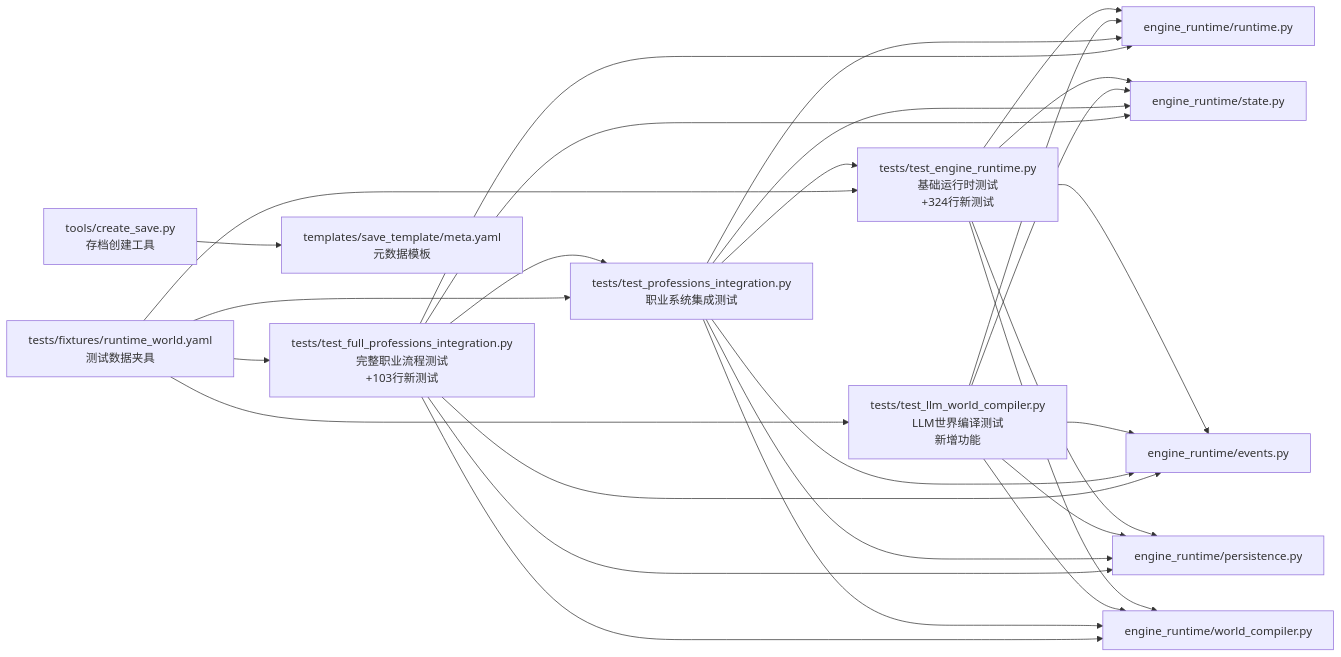
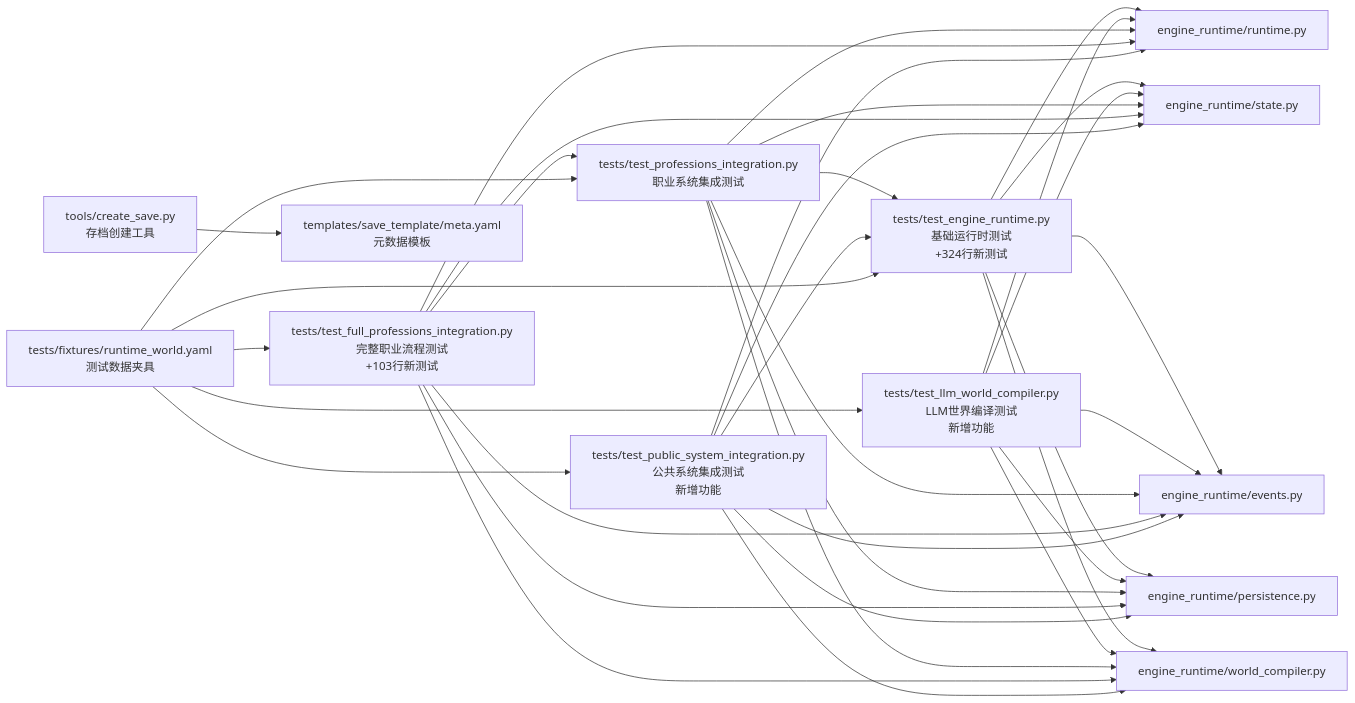
Before and after one commit to Ivandanslespace/thegreatnovel: the fourth of 4 diagrams in .qoder/repowiki/zh/content/测试指南.md, drawn with Mermaid. The commit also changed other lines of this file and 69 other files, not shown here.

````diff
--- a/.qoder/repowiki/zh/content/测试指南.md
+++ b/.qoder/repowiki/zh/content/测试指南.md
@@ -441,30 +483,37 @@
 ```mermaid
 graph LR
 T["tests/test_engine_runtime.py<br/>基础运行时测试<br/>+324行新测试"] --> RT["engine_runtime/runtime.py"]
 T --> ST["engine_runtime/state.py"]
 T --> EV["engine_runtime/events.py"]
 T --> PS["engine_runtime/persistence.py"]
 T --> WC["engine_runtime/world_compiler.py"]
 LLM["tests/test_llm_world_compiler.py<br/>LLM世界编译测试<br/>新增功能"] --> WC
 LLM --> RT
 LLM --> ST
 LLM --> EV
 LLM --> PS
 TP["tests/test_professions_integration.py<br/>职业系统集成测试"] --> T
 TP --> RT
 TP --> ST
 TP --> EV
 TP --> PS
 TP --> WC
 TFP["tests/test_full_professions_integration.py<br/>完整职业流程测试<br/>+103行新测试"] --> TP
 TFP --> RT
 TFP --> ST
 TFP --> EV
 TFP --> PS
 TFP --> WC
+TPS["tests/test_public_system_integration.py<br/>公共系统集成测试<br/>新增功能"] --> T
+TPS --> RT
+TPS --> ST
+TPS --> EV
+TPS --> PS
+TPS --> WC
 FX["tests/fixtures/runtime_world.yaml<br/>测试数据夹具"] --> T
 FX --> LLM
 FX --> TP
 FX --> TFP
+FX --> TPS
 CS["tools/create_save.py<br/>存档创建工具"] --> TM["templates/save_template/meta.yaml<br/>元数据模板"]
 ```
````
